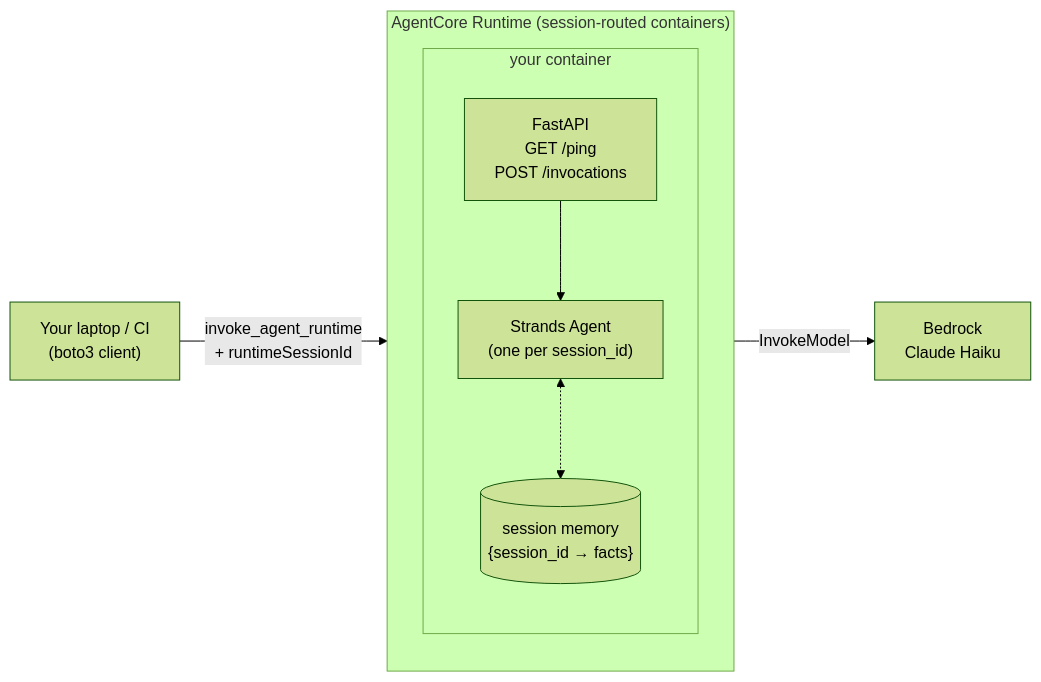
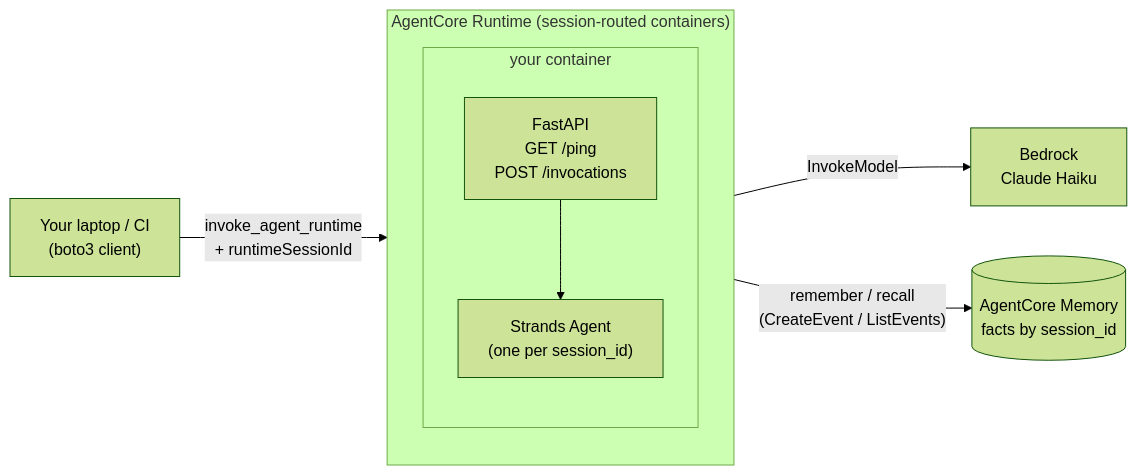
One commit to glennbech/agentcore-strands changed the diagram in README.md. Above: the diagram before and after it, drawn with Mermaid (forest theme). The commit also changed other lines of this file and 3 other files, not shown here.

First line of the commit message:
Wire in AgentCore Memory as the durable session-facts store

````diff
--- a/README.md
+++ b/README.md
@@ -152,18 +158,18 @@
 ```mermaid
 flowchart LR
     Client["Your laptop / CI<br/>(boto3 client)"]
     subgraph Runtime["AgentCore Runtime (session-routed containers)"]
         direction TB
         subgraph Container["your container"]
             direction TB
             FastAPI["FastAPI<br/>GET /ping<br/>POST /invocations"]
             Strands["Strands Agent<br/>(one per session_id)"]
-            Memory[("session memory<br/>{session_id → facts}")]
             FastAPI --> Strands
-            Strands <-.-> Memory
         end
     end
     Bedrock["Bedrock<br/>Claude Haiku"]
+    Memory[("AgentCore Memory<br/>facts by session_id")]
     Client -- "invoke_agent_runtime<br/>+ runtimeSessionId" --> FastAPI
     Strands -- "InvokeModel" --> Bedrock
+    Strands -- "remember / recall<br/>(CreateEvent / ListEvents)" --> Memory
 ```
````
